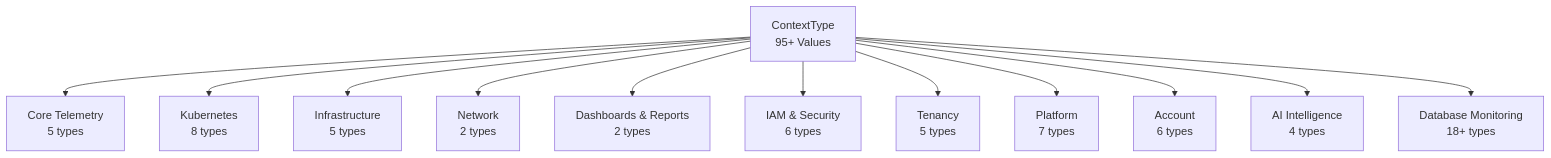
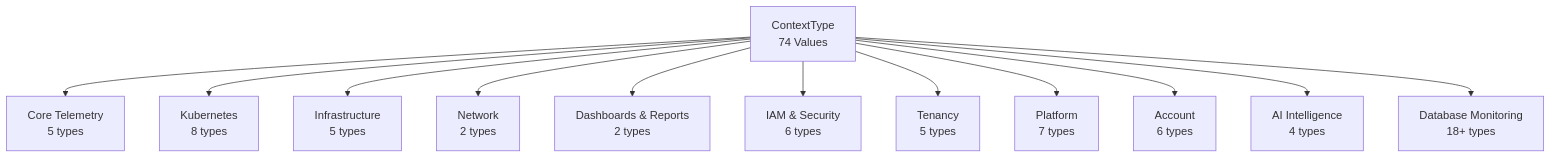
One commit to telemetryflow/telemetryflow-hermes changed the second of 3 diagrams in docs/api/context-types.md. Above: the diagram before and after it, drawn with Mermaid. The commit also changed other lines of this file and 26 other files, not shown here.

````diff
--- a/docs/api/context-types.md
+++ b/docs/api/context-types.md
@@ -25,18 +25,18 @@
 ```mermaid
 graph TD
-    CTX["ContextType<br/>95+ Values"]
+    CTX["ContextType<br/>74 Values"]
 
     CORE["Core Telemetry<br/>5 types"]
     K8S["Kubernetes<br/>8 types"]
     INFRA["Infrastructure<br/>5 types"]
     NET["Network<br/>2 types"]
     UI["Dashboards & Reports<br/>2 types"]
     IAM_SEC["IAM & Security<br/>6 types"]
     TENANT["Tenancy<br/>5 types"]
     PLAT["Platform<br/>7 types"]
     ACCT["Account<br/>6 types"]
     AI["AI Intelligence<br/>4 types"]
     DB["Database Monitoring<br/>18+ types"]
 
     CTX --> CORE & K8S & INFRA & NET & UI & IAM_SEC & TENANT & PLAT & ACCT & AI & DB
 ```
````
